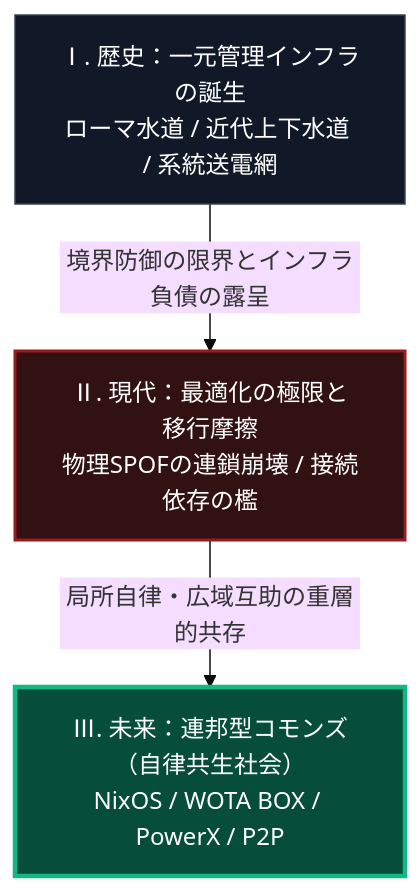
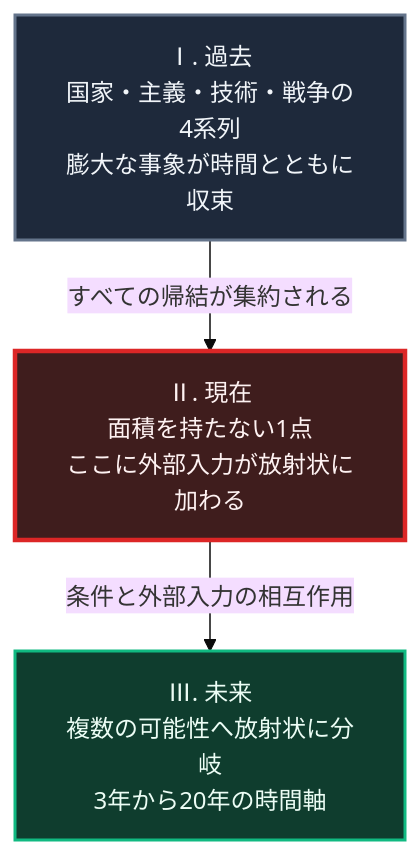
Before and after one commit to Takenori-Kusaka/zenn-content: the first of 4 diagrams in books/sovereign-resilience-blueprint/00_tldr.md, drawn with Mermaid (base theme). The commit also changed other lines of this file and 108 other files, not shown here.

````diff
--- a/books/sovereign-resilience-blueprint/00_tldr.md
+++ b/books/sovereign-resilience-blueprint/00_tldr.md
@@ -17,10 +15,10 @@
 ```mermaid
 flowchart TD
-    H[Ⅰ. 歴史：一元管理インフラの誕生<br>ローマ水道 / 近代上下水道 / 系統送電網]
-    H -->|境界防御の限界とインフラ負債の露呈| F[Ⅱ. 現代：最適化の極限と移行摩擦<br>物理SPOFの連鎖崩壊 / 接続依存の檻]
-    F -->|局所自律・広域互助の重層的共存| S[Ⅲ. 未来：連邦型コモンズ（自律共生社会）<br>NixOS / WOTA BOX / PowerX / P2P]
+    A[Ⅰ. 過去<br>国家・主義・技術・戦争の4系列<br>膨大な事象が時間とともに収束]
+    A -->|すべての帰結が集約される| B[Ⅱ. 現在<br>面積を持たない1点<br>ここに外部入力が放射状に加わる]
+    B -->|条件と外部入力の相互作用| C[Ⅲ. 未来<br>複数の可能性へ放射状に分岐<br>3年から20年の時間軸]
 
-    style H fill:#111827,stroke:#374151,stroke-width:1px,color:#fff
-    style F fill:#311111,stroke:#991b1b,stroke-width:2px,color:#fff
-    style S fill:#064e3b,stroke:#10b981,stroke-width:3px,color:#fff
+    style A fill:#1e293b,stroke:#64748b,stroke-width:2px,color:#f1f5f9
+    style B fill:#3f1d1d,stroke:#dc2626,stroke-width:3px,color:#fef2f2
+    style C fill:#0f3d2e,stroke:#10b981,stroke-width:2px,color:#ecfdf5
 ```
````
